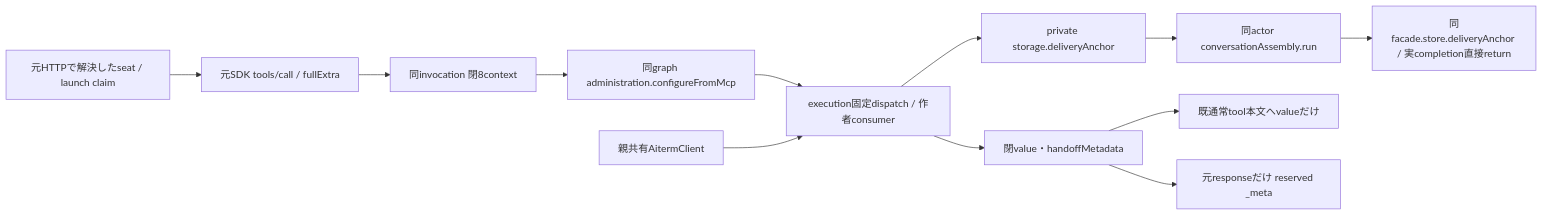
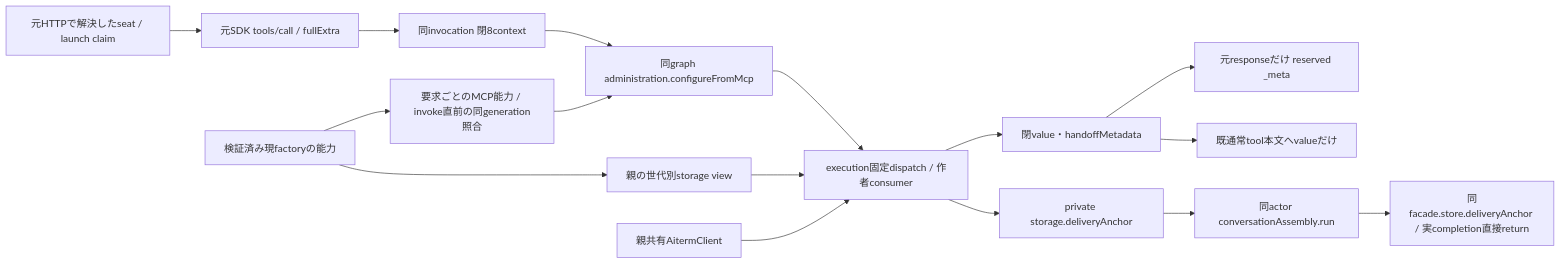
One commit to kitepon/BellTeam changed the diagram in docs/architecture/modules/integration/model-handoff.md. Above: the diagram before and after it, drawn with Mermaid. The commit also changed other lines of this file and 5 other files, not shown here.

````diff
--- a/docs/architecture/modules/integration/model-handoff.md
+++ b/docs/architecture/modules/integration/model-handoff.md
@@ -5,14 +5,18 @@
 ```mermaid
 flowchart LR
  Seat[元HTTPで解決したseat / launch claim] --> Handler[元SDK tools/call / fullExtra]
  Handler --> Context[同invocation 閉8context]
  Context --> Scoped[同graph administration.configureFromMcp]
+ Factory[検証済み現factoryの能力] --> Ports[親の世代別storage view]
+ Ports --> Consumer
+ Factory --> Advertise[要求ごとのMCP能力 / invoke直前の同generation照合]
+ Advertise --> Scoped
  Scoped --> Consumer[execution固定dispatch / 作者consumer]
  Consumer --> Anchor[private storage.deliveryAnchor]
  Anchor --> Scope[同actor conversationAssembly.run]
  Scope --> Read[同facade.store.deliveryAnchor / 実completion直接return]
  Consumer --> Return[閉value・handoffMetadata]
  Return --> Body[既通常tool本文へvalueだけ]
  Return --> Meta[元responseだけ reserved _meta]
  Shared[親共有AitermClient] --> Consumer
 ```
````
